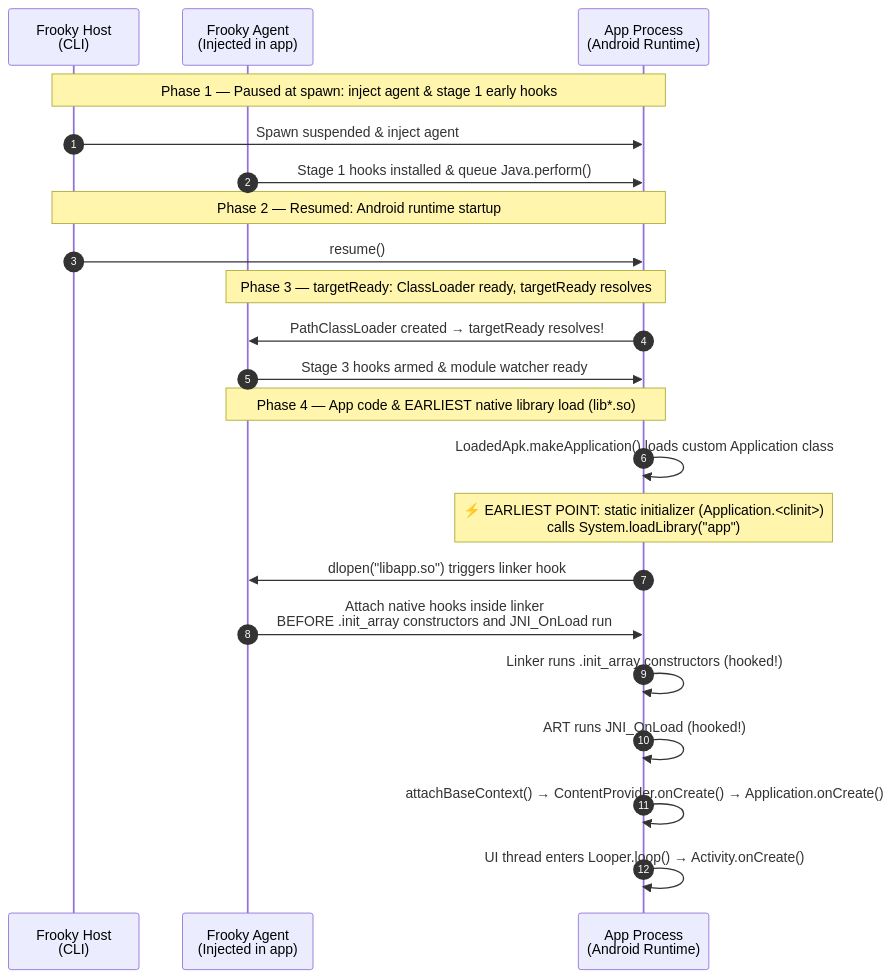
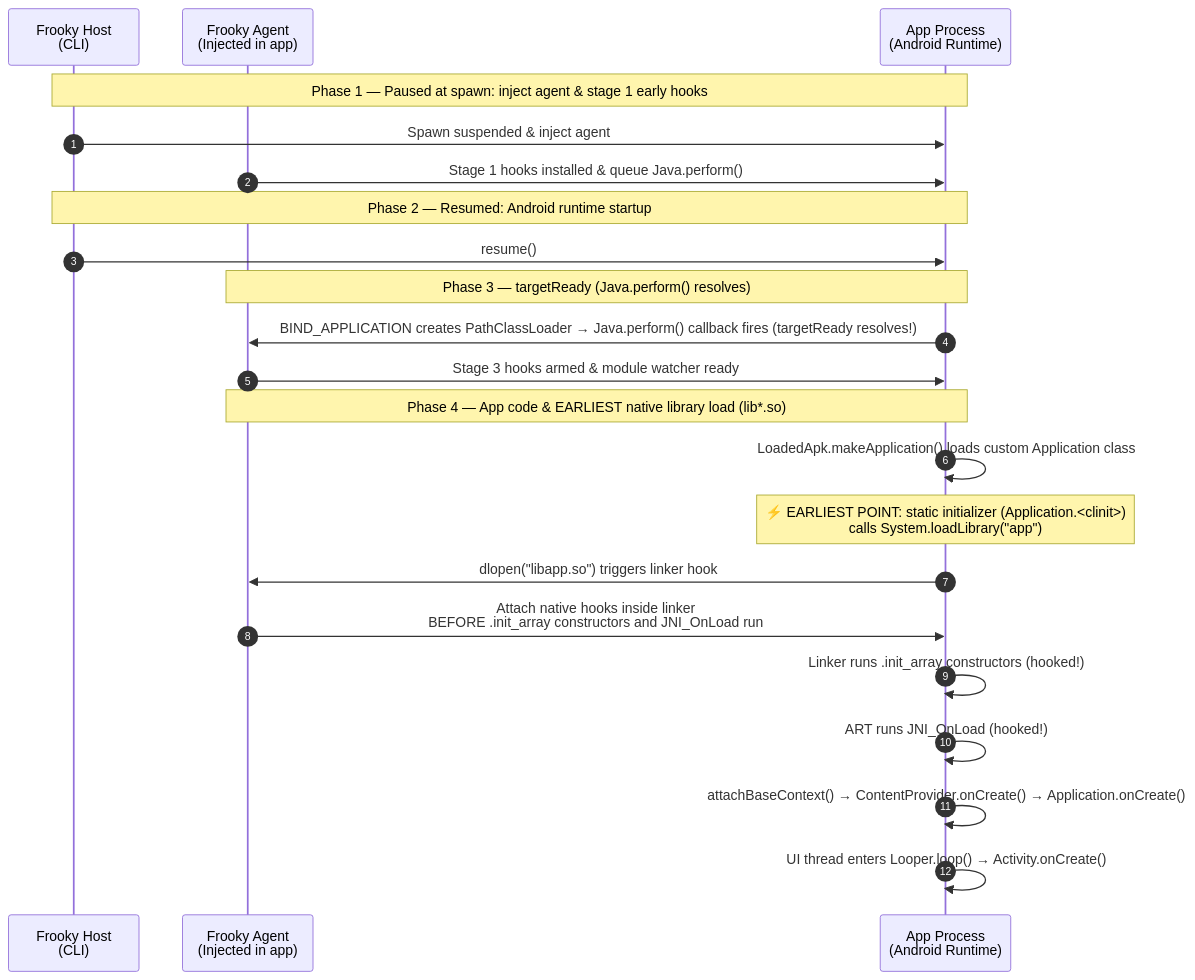
The eighth of 13 diagrams in docs/under-the-hood.md (bernhste/frooky), drawn with Mermaid before and after one commit. The commit also changed other lines of this file, not shown here.

Commit message:
added java.perform() resolved

````diff
--- a/docs/under-the-hood.md
+++ b/docs/under-the-hood.md
@@ -418,28 +418,28 @@
 ```mermaid
 sequenceDiagram
     autonumber
     participant Host as Frooky Host<br/>(CLI)
     participant Agent as Frooky Agent<br/>(Injected in app)
     participant App as App Process<br/>(Android Runtime)
 
     Note over Host,App: Phase 1 — Paused at spawn: inject agent & stage 1 early hooks
     Host->>App: Spawn suspended & inject agent
     Agent->>App: Stage 1 hooks installed & queue Java.perform()
 
     Note over Host,App: Phase 2 — Resumed: Android runtime startup
     Host->>App: resume()
 
-    Note over Agent,App: Phase 3 — targetReady: ClassLoader ready, targetReady resolves
-    App->>Agent: PathClassLoader created → targetReady resolves!
+    Note over Agent,App: Phase 3 — targetReady (Java.perform() resolves)
+    App->>Agent: BIND_APPLICATION creates PathClassLoader → Java.perform() callback fires (targetReady resolves!)
     Agent->>App: Stage 3 hooks armed & module watcher ready
 
     Note over Agent,App: Phase 4 — App code & EARLIEST native library load (lib*.so)
     App->>App: LoadedApk.makeApplication() loads custom Application class
     Note over App: ⚡ EARLIEST POINT: static initializer (Application.<clinit>)<br/>calls System.loadLibrary("app")
     App->>Agent: dlopen("libapp.so") triggers linker hook
     Agent->>App: Attach native hooks inside linker<br/>BEFORE .init_array constructors and JNI_OnLoad run
     App->>App: Linker runs .init_array constructors (hooked!)
     App->>App: ART runs JNI_OnLoad (hooked!)
     App->>App: attachBaseContext() → ContentProvider.onCreate() → Application.onCreate()
     App->>App: UI thread enters Looper.loop() → Activity.onCreate()
 ```
````
